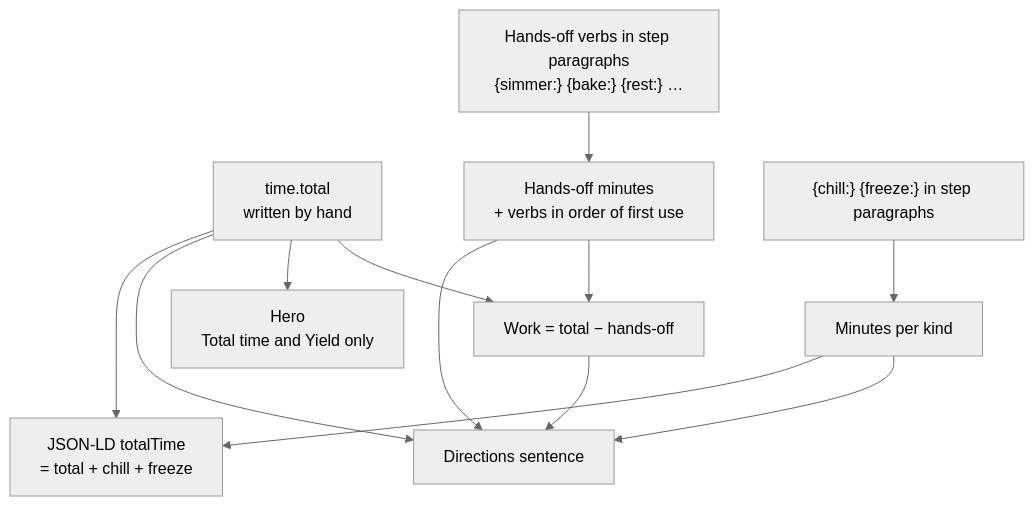
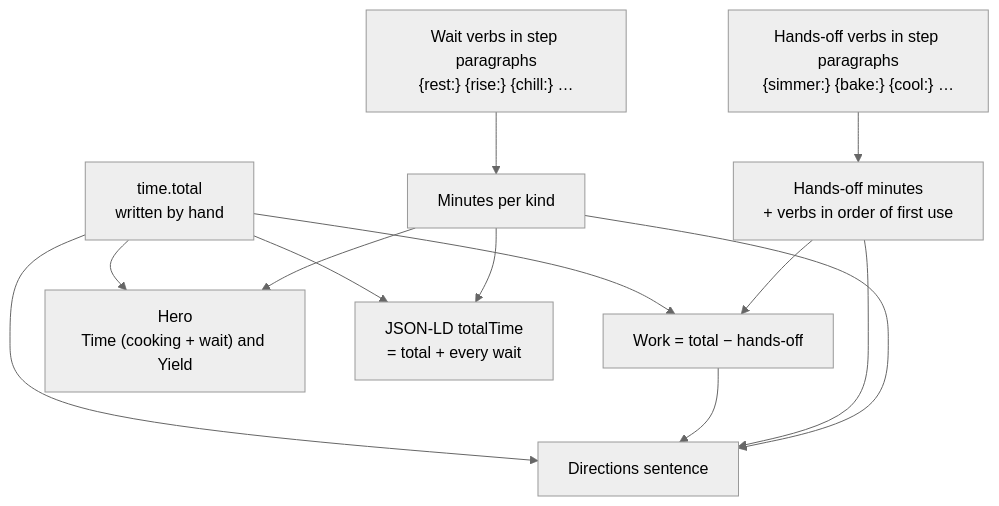
Before and after one commit to pschonfeld/soowee: the third of 3 diagrams in docs/recipe-model.md, drawn with Mermaid (neutral theme). The commit also changed other lines of this file and 14 other files, not shown here.

First line of the commit message:
Show cooking time and the wait in the hero

````diff
--- a/docs/recipe-model.md
+++ b/docs/recipe-model.md
@@ -285,14 +305,15 @@
 ```mermaid
 flowchart TD
   total["time.total<br/>written by hand"] --> work["Work = total − hands-off"]
-  off["Hands-off verbs in step paragraphs<br/>{simmer:} {bake:} {rest:} …"] --> handsoff["Hands-off minutes<br/>+ verbs in order of first use"]
+  off["Hands-off verbs in step paragraphs<br/>{simmer:} {bake:} {cool:} …"] --> handsoff["Hands-off minutes<br/>+ verbs in order of first use"]
   handsoff --> work
-  after["{chill:} {freeze:} in step paragraphs"] --> afterOut["Minutes per kind"]
-  total --> hero["Hero<br/>Total time and Yield only"]
+  after["Wait verbs in step paragraphs<br/>{rest:} {rise:} {chill:} …"] --> afterOut["Minutes per kind"]
+  total --> hero["Hero<br/>Time (cooking + wait) and Yield"]
+  afterOut --> hero
   total --> sentence["Directions sentence"]
   work --> sentence
   handsoff --> sentence
   afterOut --> sentence
-  total --> ld["JSON-LD totalTime<br/>= total + chill + freeze"]
+  total --> ld["JSON-LD totalTime<br/>= total + every wait"]
   afterOut --> ld
 ```
````
